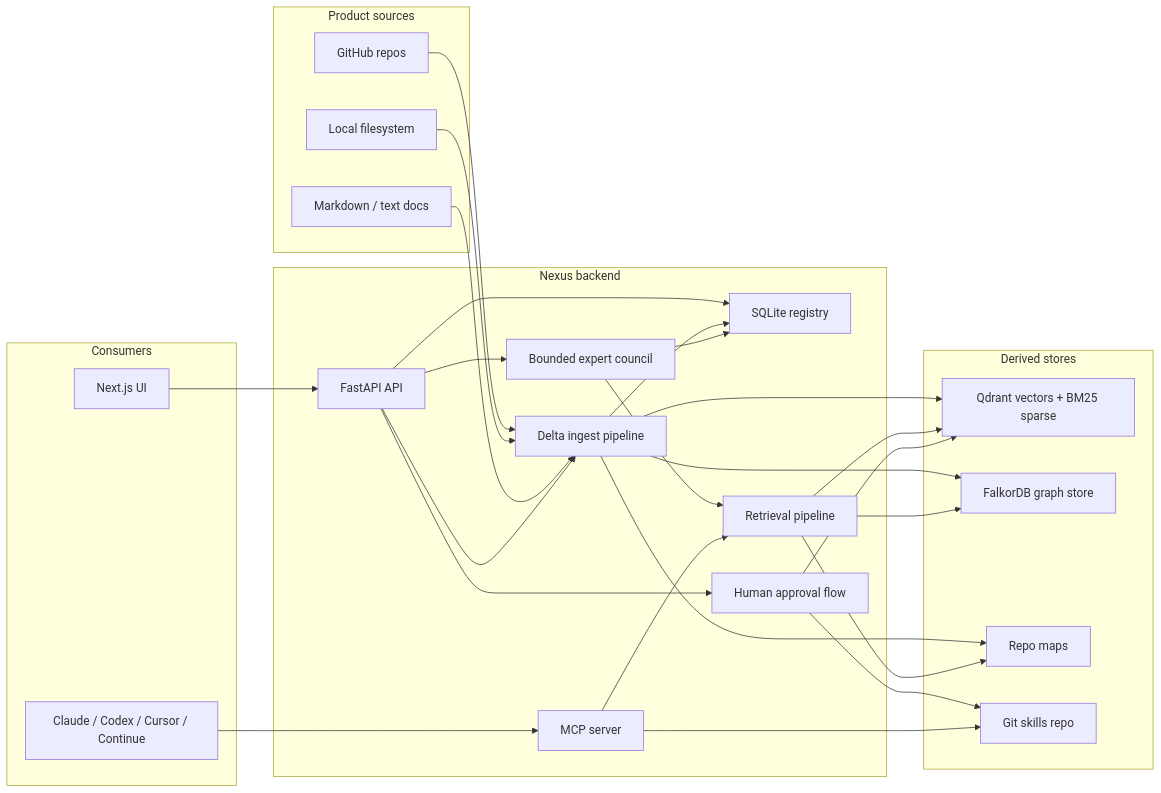
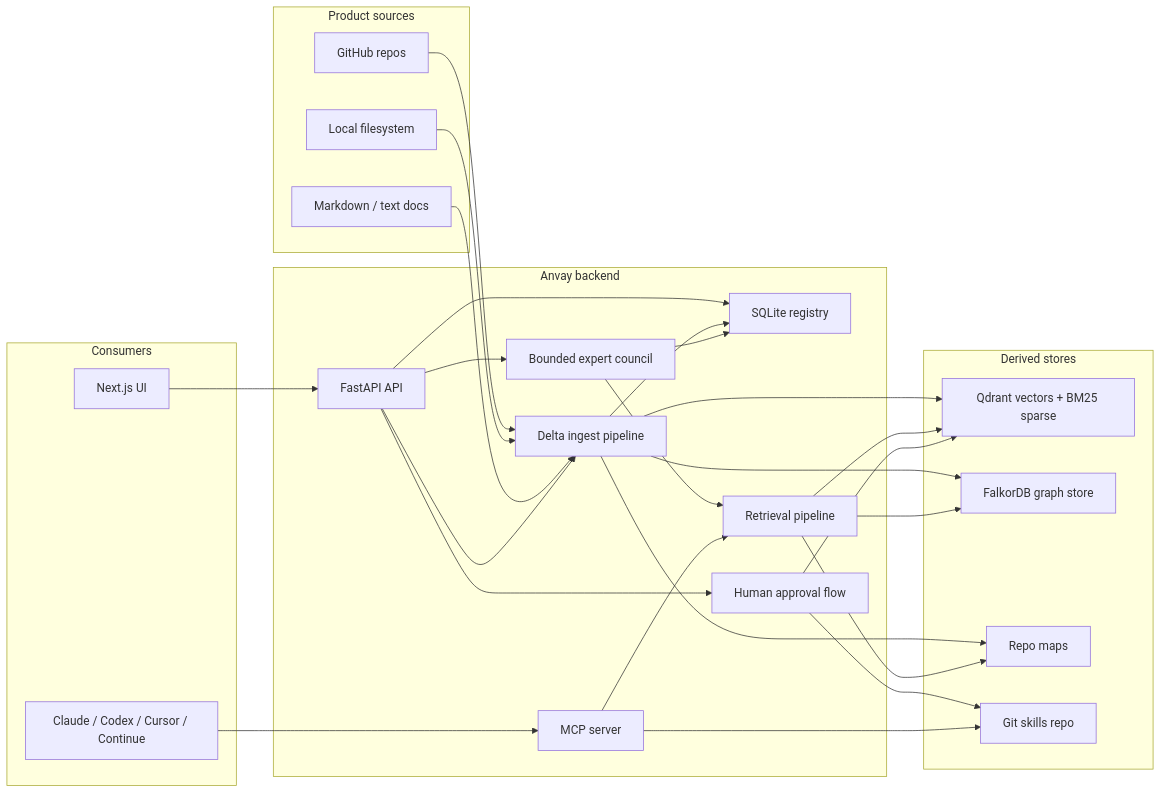
One commit to 0xaeres/anvay-core changed the first of 3 diagrams in README.md. Above: the diagram before and after it, drawn with Mermaid. The commit also changed other lines of this file and 267 other files, not shown here.

````diff
--- a/README.md
+++ b/README.md
@@ -48,53 +48,53 @@
 ```mermaid
 flowchart LR
   subgraph Sources["Product sources"]
     GitHub["GitHub repos"]
     Local["Local filesystem"]
     Docs["Markdown / text docs"]
   end
 
-  subgraph API["Nexus backend"]
+  subgraph API["Anvay backend"]
     FastAPI["FastAPI API"]
     Registry["SQLite registry"]
     Ingest["Delta ingest pipeline"]
     Retrieval["Retrieval pipeline"]
     Council["Bounded expert council"]
     Approval["Human approval flow"]
     MCP["MCP server"]
   end
 
   subgraph Stores["Derived stores"]
     Qdrant["Qdrant vectors + BM25 sparse"]
     GraphStore["FalkorDB graph store"]
     RepoMap["Repo maps"]
     SkillsRepo["Git skills repo"]
   end
 
   subgraph Clients["Consumers"]
     UI["Next.js UI"]
     Agents["Claude / Codex / Cursor / Continue"]
   end
 
   GitHub --> Ingest
   Local --> Ingest
   Docs --> Ingest
   UI --> FastAPI
   FastAPI --> Registry
   FastAPI --> Ingest
   Ingest --> Registry
   Ingest --> Qdrant
   Ingest --> GraphStore
   Ingest --> RepoMap
   Retrieval --> Qdrant
   Retrieval --> GraphStore
   Retrieval --> RepoMap
   FastAPI --> Council
   Council --> Retrieval
   Council --> Registry
   FastAPI --> Approval
   Approval --> SkillsRepo
   Approval --> Qdrant
   MCP --> SkillsRepo
   MCP --> Retrieval
   Agents --> MCP
 ```
````
